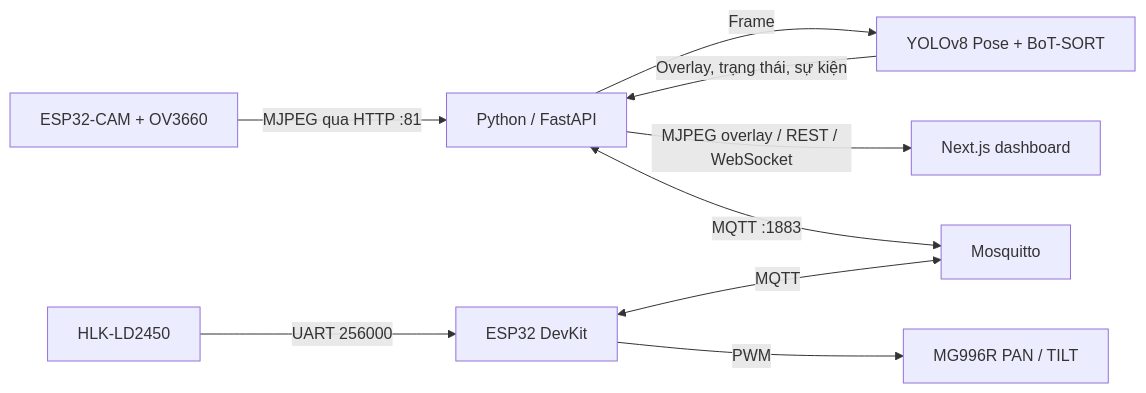
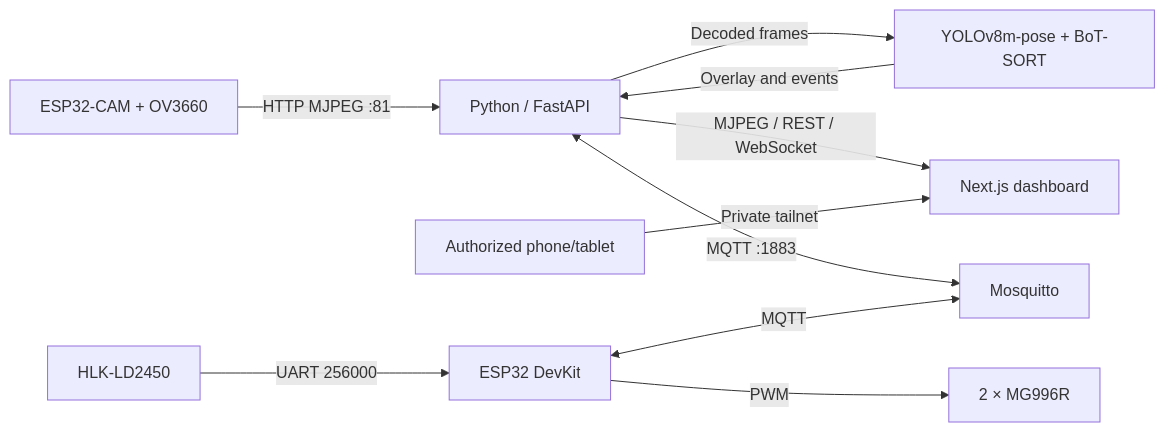
Before and after one commit to anphan991/Embedded_System: the diagram in README.md, drawn with Mermaid. The commit also changed other lines of this file and 2 other files, not shown here.

````diff
--- a/README.md
+++ b/README.md
@@ -71,11 +39,12 @@
 ```mermaid
 flowchart LR
-    CAM[ESP32-CAM + OV3660] -->|MJPEG qua HTTP :81| BACKEND[Python / FastAPI]
-    BACKEND -->|Frame| AI[YOLOv8 Pose + BoT-SORT]
-    AI -->|Overlay, trạng thái, sự kiện| BACKEND
-    BACKEND -->|MJPEG overlay / REST / WebSocket| WEB[Next.js dashboard]
-    RADAR[HLK-LD2450] -->|UART 256000| CTRL[ESP32 DevKit]
-    BACKEND <-->|MQTT :1883| MQTT[Mosquitto]
-    CTRL <-->|MQTT| MQTT
-    CTRL -->|PWM| SERVO[MG996R PAN / TILT]
+    CAM[ESP32-CAM + OV3660] -->|HTTP MJPEG :81| BE[Python / FastAPI]
+    BE -->|Decoded frames| AI[YOLOv8m-pose + BoT-SORT]
+    AI -->|Overlay and events| BE
+    BE -->|MJPEG / REST / WebSocket| UI[Next.js dashboard]
+    RADAR[HLK-LD2450] -->|UART 256000| DEV[ESP32 DevKit]
+    BE <-->|MQTT :1883| MQTT[Mosquitto]
+    DEV <-->|MQTT| MQTT
+    DEV -->|PWM| SERVO[2 × MG996R]
+    CAREGIVER[Authorized phone/tablet] -->|Private tailnet| UI
 ```
````
